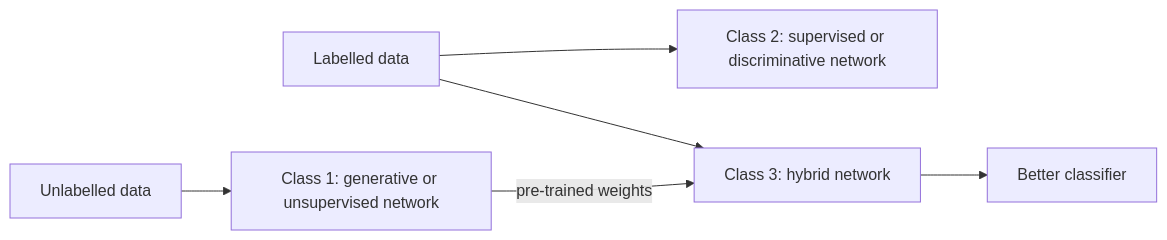
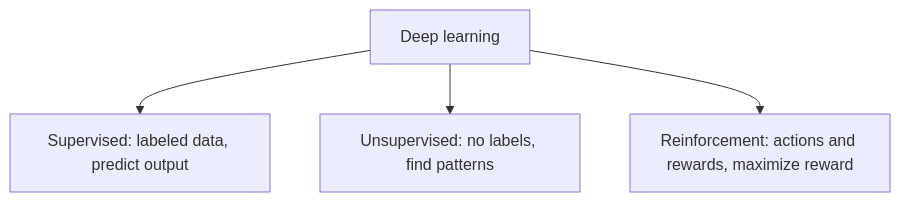
Before and after one commit to TrendySloth1001/sem-seven-notes: the diagram in content/deep-learning/pyq/2024-12/q2a.mdx, drawn with Mermaid. The commit also changed other lines of this file and 168 other files, not shown here.

````diff
--- a/content/deep-learning/pyq/2024-12/q2a.mdx
+++ b/content/deep-learning/pyq/2024-12/q2a.mdx
@@ -9,9 +7,7 @@
 ```mermaid
-%% caption: How the three classes relate. The hybrid class reuses what a generative network learned to help a discriminative one.
-flowchart LR
-  U["Unlabelled data"] --> G["Class 1: generative or unsupervised network"]
-  L["Labelled data"] --> D["Class 2: supervised or discriminative network"]
-  G -- "pre-trained weights" --> H["Class 3: hybrid network"]
-  L --> H
-  H --> P["Better classifier"]
+%% caption: The three classes of deep learning and the one-line idea of each.
+flowchart TD
+  A["Deep learning"] --> B["Supervised: labeled data, predict output"]
+  A --> C["Unsupervised: no labels, find patterns"]
+  A --> D["Reinforcement: actions and rewards, maximize reward"]
 ```
````
